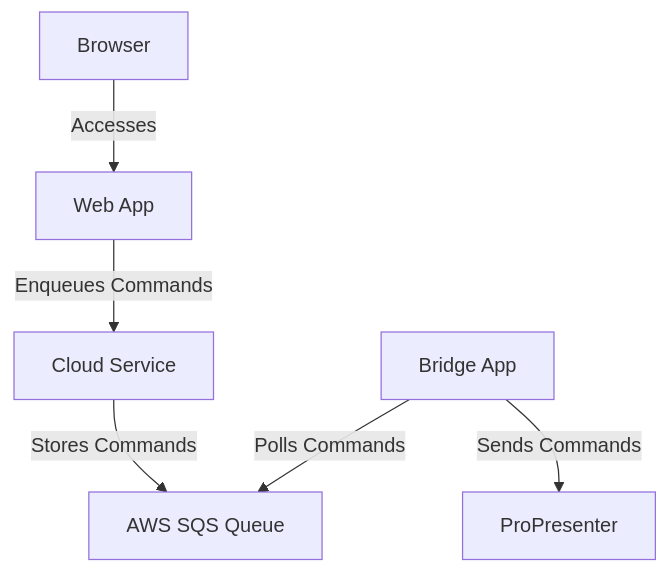
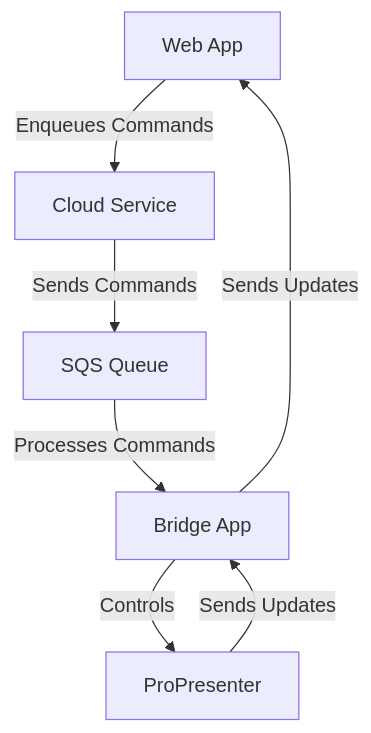
One commit to alexortizrosado/worshipbridge changed the first of 2 diagrams in README.md. Above: the diagram before and after it, drawn with Mermaid. The commit also changed other lines of this file and 1 other file, not shown here.

````diff
--- a/README.md
+++ b/README.md
@@ -167,8 +24,9 @@
 ```mermaid
 graph TD
     A[Web App] -->|Enqueues Commands| B[Cloud Service]
-    B -->|Stores Commands| C[AWS SQS Queue]
-    D[Bridge App] -->|Polls Commands| C
-    D -->|Sends Commands| E[ProPresenter]
-    F[Browser] -->|Accesses| A
+    B -->|Sends Commands| C[SQS Queue]
+    C -->|Processes Commands| D[Bridge App]
+    D -->|Controls| E[ProPresenter]
+    E -->|Sends Updates| D
+    D -->|Sends Updates| A
 ```
````
